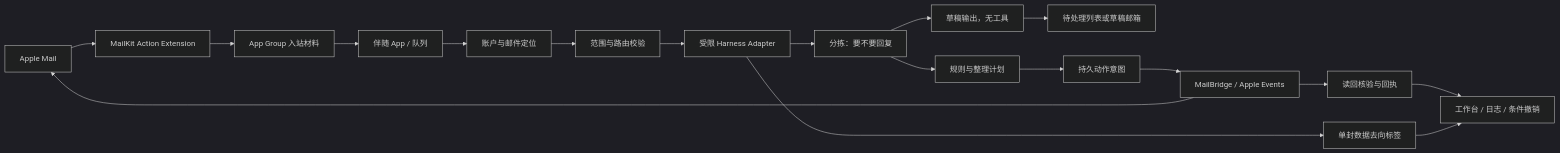
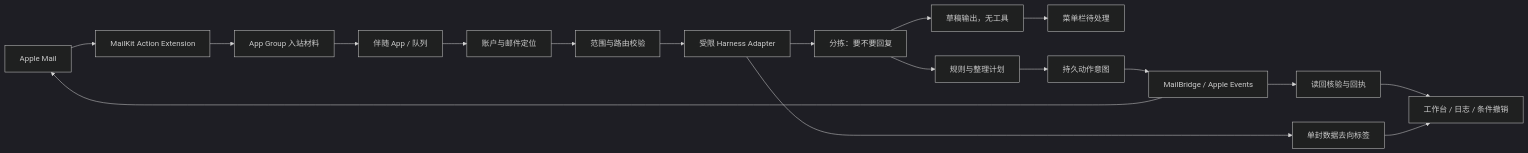
Before and after one commit to cobbcheng/Mailpipe: the first of 2 diagrams in DESIGN.md, drawn with Mermaid (dark theme). The commit also changed other lines of this file and 11 other files, not shown here.

````diff
--- a/DESIGN.md
+++ b/DESIGN.md
@@ -18,20 +20,20 @@
 ```mermaid
 flowchart LR
   Mail[Apple Mail] --> Extension[MailKit Action Extension]
   Extension --> Spool[App Group 入站材料]
   Spool --> App[伴随 App / 队列]
   App --> Identity[账户与邮件定位]
   Identity --> Policy[范围与路由校验]
   Policy --> Harness[受限 Harness Adapter]
   Harness --> Triage[分拣：要不要回复]
   Triage --> Draft[草稿输出，无工具]
   Triage --> Rules[规则与整理计划]
-  Draft --> Landing[待处理列表或草稿邮箱]
+  Draft --> Landing[菜单栏待处理]
   Rules --> Ledger[持久动作意图]
   Ledger --> Bridge[MailBridge / Apple Events]
   Bridge --> Mail
   Bridge --> Receipt[读回核验与回执]
   Receipt --> UI[工作台 / 日志 / 条件撤销]
   Harness --> Dest[单封数据去向标签]
   Dest --> UI
 ```
````
